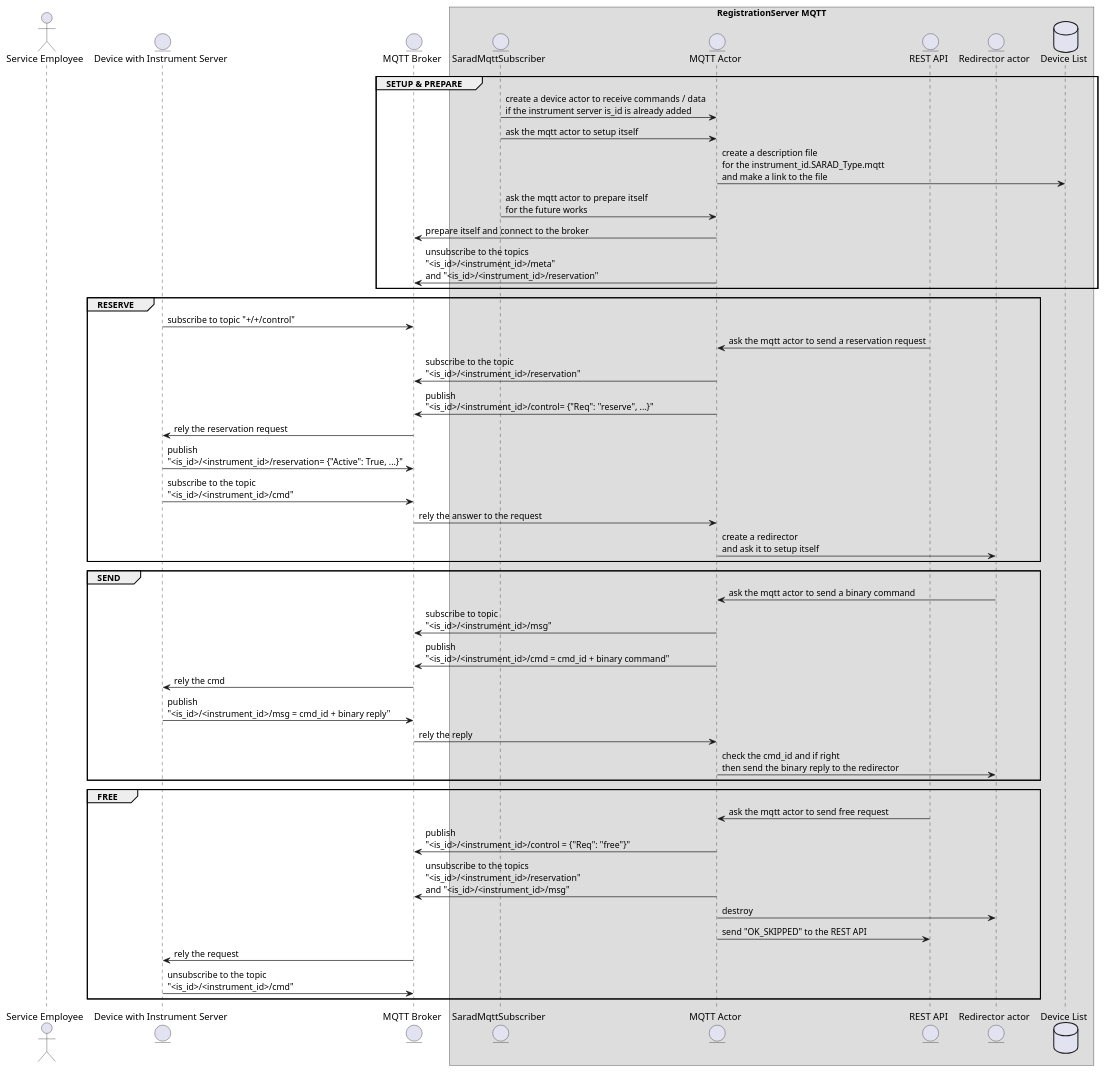
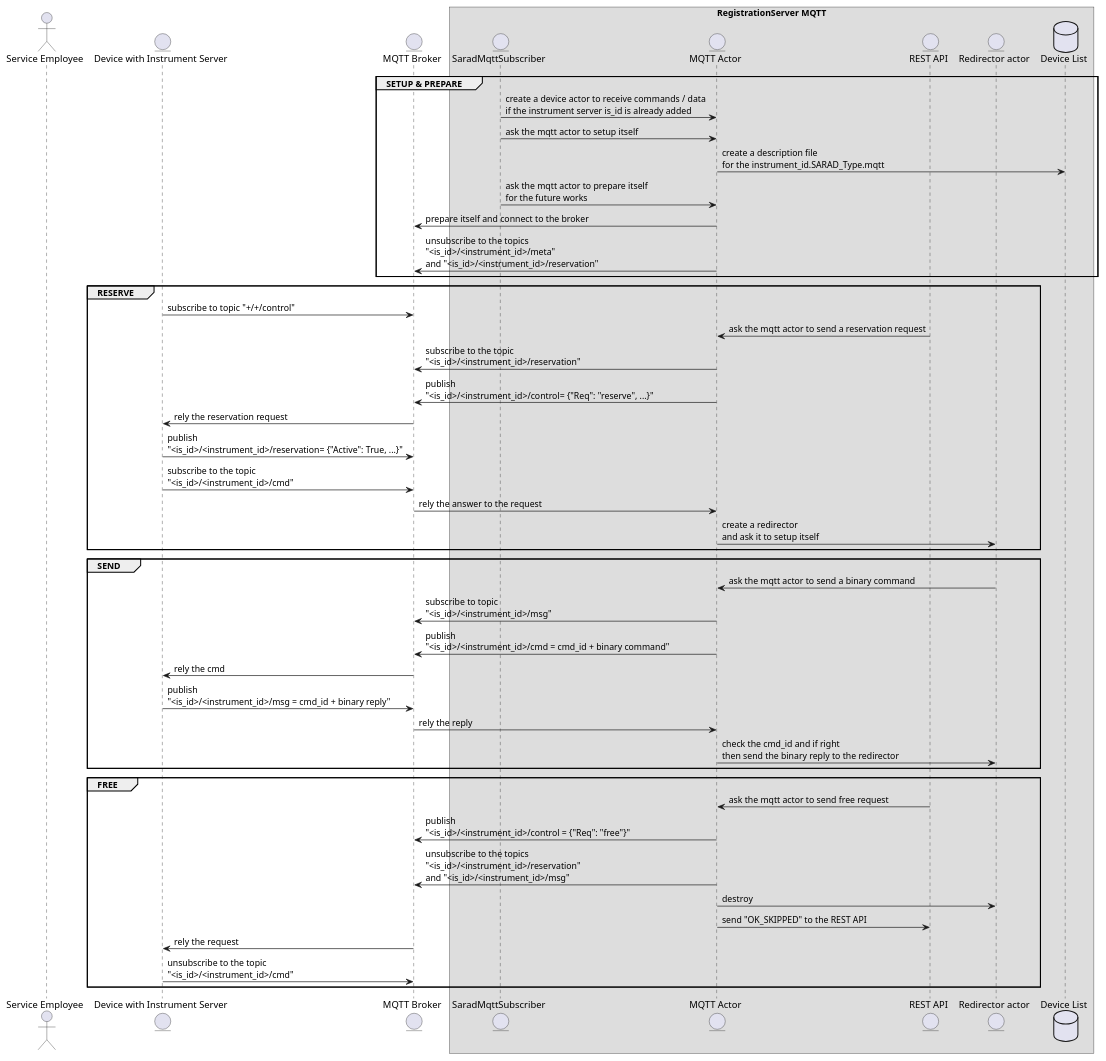
Before and after one commit to SARAD-GmbH/RegServer: the diagram in doc/source/uml-mqtt_actor.puml, drawn with PlantUML. The commit also changed 15 other files, not shown here.

```diff
--- a/doc/source/uml-mqtt_actor.puml
+++ b/doc/source/uml-mqtt_actor.puml
@@ -1,54 +1,54 @@
 @startuml
 actor "Service Employee" as user
 entity "Device with Instrument Server" as is_mqtt
 entity "MQTT Broker" as broker
 box "RegistrationServer MQTT"
 entity "SaradMqttSubscriber" as subscriber
 entity "MQTT Actor" as mqtt_actor
 entity "REST API" as rest_api
 entity "Redirector actor" as redirector
 database "Device List" as d_list
 end box
 
 group SETUP & PREPARE
     subscriber -> mqtt_actor : create a device actor to receive commands / data\nif the instrument server is_id is already added
     subscriber -> mqtt_actor : ask the mqtt actor to setup itself
-    mqtt_actor -> d_list : create a description file\nfor the instrument_id.SARAD_Type.mqtt\nand make a link to the file
+    mqtt_actor -> d_list : create a description file\nfor the instrument_id.SARAD_Type.mqtt
     subscriber -> mqtt_actor : ask the mqtt actor to prepare itself\nfor the future works
     mqtt_actor -> broker : prepare itself and connect to the broker
     mqtt_actor -> broker : unsubscribe to the topics\n"<is_id>/<instrument_id>/meta"\nand "<is_id>/<instrument_id>/reservation"
 end
 
 group RESERVE
     is_mqtt -> broker : subscribe to topic "+/+/control"
     rest_api -> mqtt_actor : ask the mqtt actor to send a reservation request
     mqtt_actor -> broker : subscribe to the topic\n"<is_id>/<instrument_id>/reservation"
     mqtt_actor -> broker : publish\n"<is_id>/<instrument_id>/control= {"Req": "reserve", ...}"
     broker -> is_mqtt : rely the reservation request
     is_mqtt -> broker : publish\n"<is_id>/<instrument_id>/reservation= {"Active": True, ...}"
     is_mqtt -> broker : subscribe to the topic\n"<is_id>/<instrument_id>/cmd"
     broker -> mqtt_actor : rely the answer to the request
     mqtt_actor -> redirector : create a redirector\nand ask it to setup itself
 end
 
 group SEND
     redirector -> mqtt_actor : ask the mqtt actor to send a binary command
     mqtt_actor -> broker : subscribe to topic\n"<is_id>/<instrument_id>/msg"
     mqtt_actor -> broker : publish\n"<is_id>/<instrument_id>/cmd = cmd_id + binary command"
     broker -> is_mqtt : rely the cmd
     is_mqtt -> broker : publish\n"<is_id>/<instrument_id>/msg = cmd_id + binary reply"
     broker -> mqtt_actor : rely the reply
     mqtt_actor -> redirector : check the cmd_id and if right\nthen send the binary reply to the redirector
 end
 
 group FREE
     rest_api -> mqtt_actor : ask the mqtt actor to send free request
     mqtt_actor -> broker : publish\n"<is_id>/<instrument_id>/control = {"Req": "free"}"
     mqtt_actor -> broker : unsubscribe to the topics\n"<is_id>/<instrument_id>/reservation"\nand "<is_id>/<instrument_id>/msg"
     mqtt_actor -> redirector : destroy
     mqtt_actor -> rest_api : send "OK_SKIPPED" to the REST API
     broker -> is_mqtt : rely the request
     is_mqtt -> broker : unsubscribe to the topic\n"<is_id>/<instrument_id>/cmd"
 end
 
 @enduml
```
